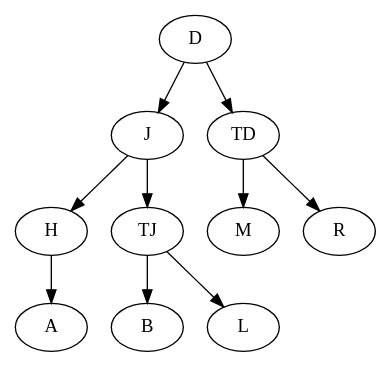
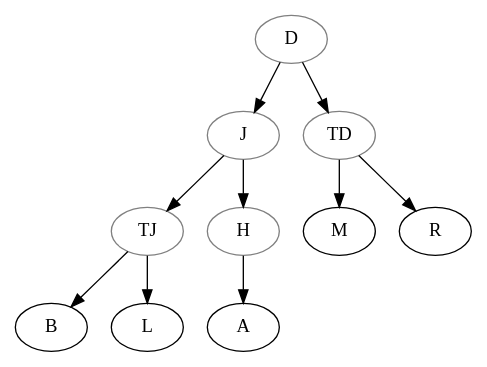
One commit to OpenStemmata/database changed the diagram in Joinville/graph.gv. Above: the diagram before and after it, drawn with Graphviz. The commit also changed 1 other file, not shown here.

```diff
--- a/Joinville/graph.gv
+++ b/Joinville/graph.gv
@@ -1,13 +1,19 @@
 digraph {
+    D[color=grey]
+    J[color=grey]
+    TD[color=grey]
+    TJ[color=grey]
+    H[color=grey]
+
     D -> J;
     D -> TD;
 
     J -> H;
     J -> TJ;
     H -> A;
     TJ -> B;
     TJ -> L;
 
     TD -> M;
     TD -> R;
 }
```
